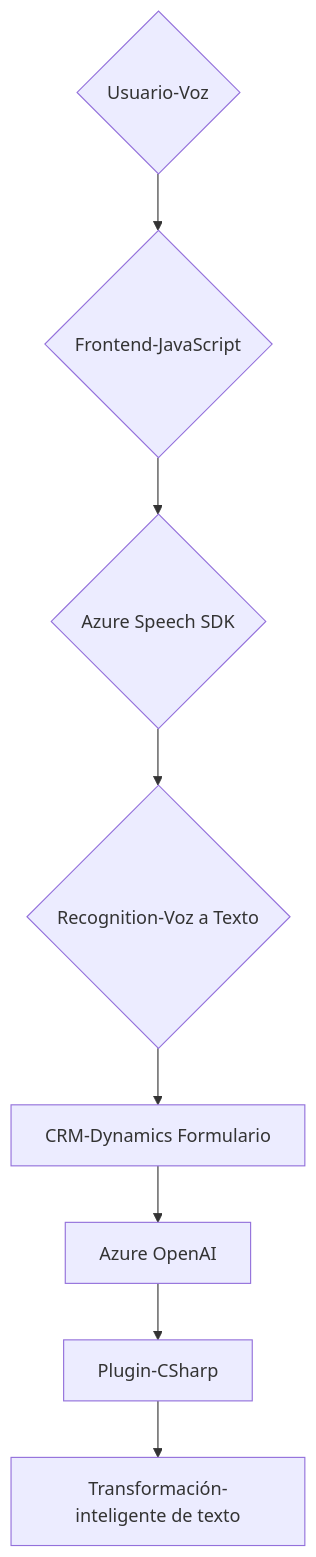
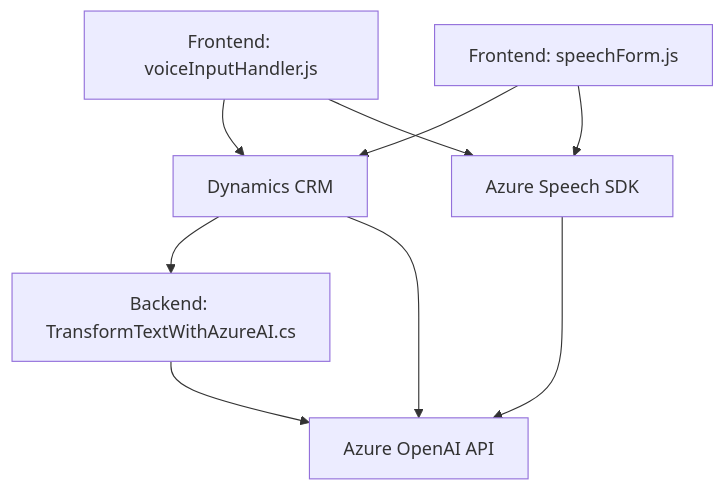
The diagram in README.md (blopezdm/NETCORE_BILBAO2025), drawn with Mermaid before and after one commit. The commit also changed other lines of this file, not shown here.

````diff
--- a/README.md
+++ b/README.md
@@ -63,19 +37,18 @@
 ```mermaid
 graph TD
-    A{Usuario-Voz}
-    B{"Frontend-JavaScript"}
-    C{"Azure Speech SDK"}
-    D{"Recognition-Voz a Texto"}
-    E["CRM-Dynamics Formulario"]
-    F["Azure OpenAI"]
-    G["Plugin-CSharp"]
-    H["Transformación-inteligente de texto"]
-
-    A --> B
-    B --> C
-    C --> D
-    D --> E
+    A["Frontend: voiceInputHandler.js"]
+    B["Frontend: speechForm.js"]
+    C["Backend: TransformTextWithAzureAI.cs"]
+    D["Dynamics CRM"]
+    E["Azure Speech SDK"]
+    F["Azure OpenAI API"]
+    
+    A --> D
+    B --> D
+    D --> C
+    A --> E
+    B --> E
+    C --> F
     E --> F
-    F --> G
-    G --> H
+    D --> F
 ```
````
